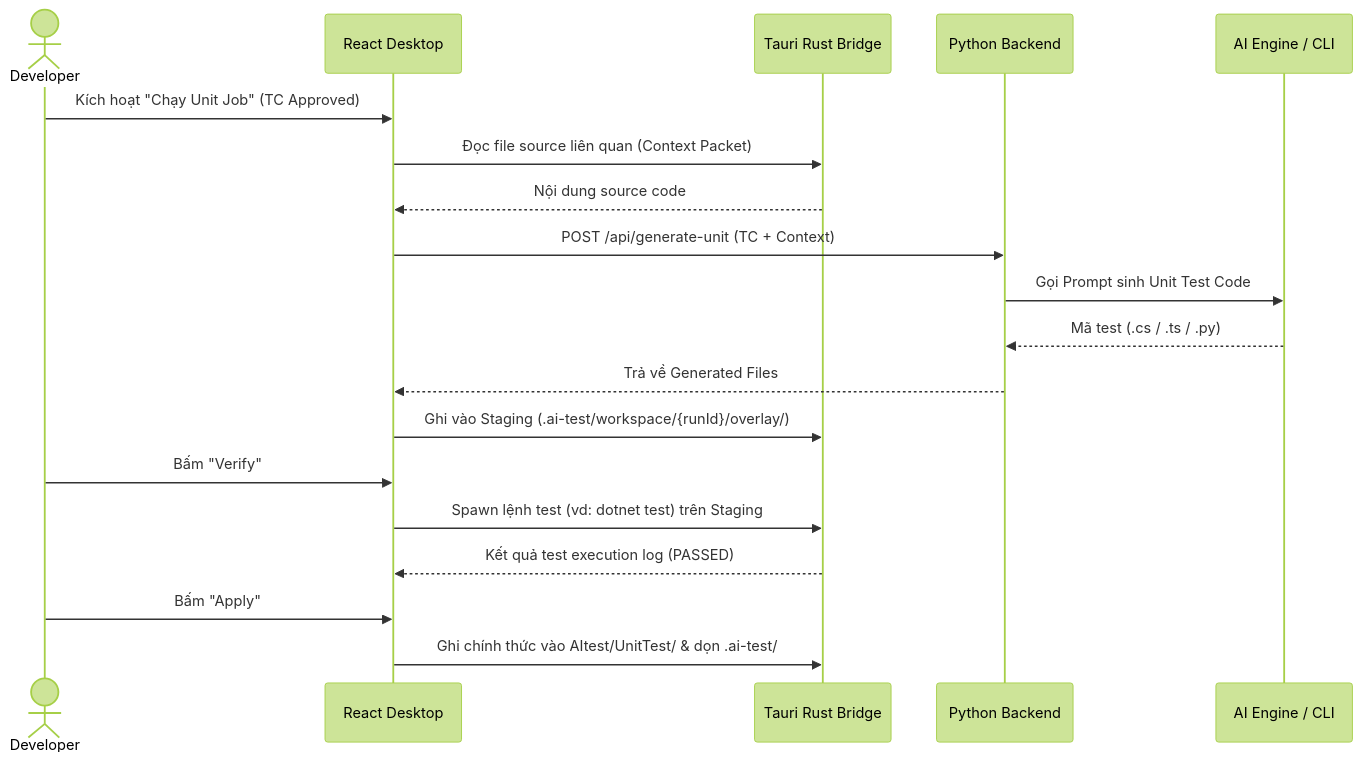
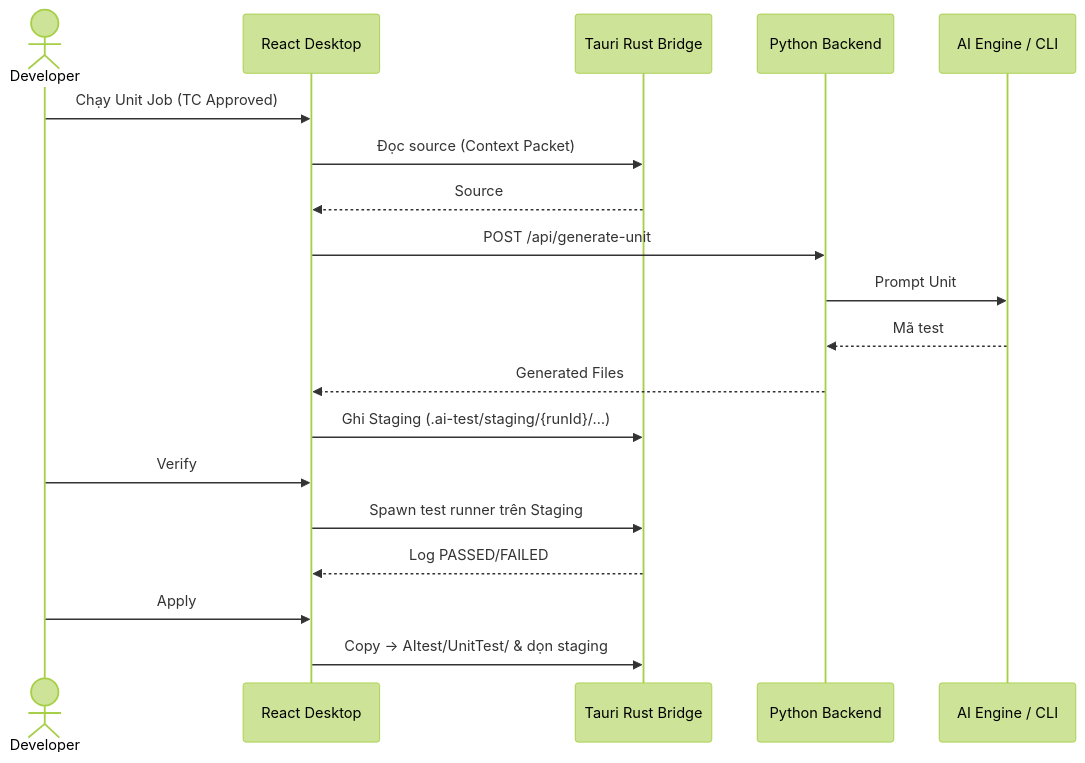
One commit to lehoailam1999/AiTest changed the diagram in docs/SYSTEM_MASTER_DOCUMENTATION.md. Above: the diagram before and after it, drawn with Mermaid (forest theme). The commit also changed other lines of this file and 121 other files, not shown here.

````diff
--- a/docs/SYSTEM_MASTER_DOCUMENTATION.md
+++ b/docs/SYSTEM_MASTER_DOCUMENTATION.md
@@ -209,22 +159,22 @@
 ```mermaid
 sequenceDiagram
   actor Dev as Developer
   participant UI as React Desktop
   participant Tauri as Tauri Rust Bridge
   participant BE as Python Backend
   participant LLM as AI Engine / CLI
 
-  Dev->>UI: Kích hoạt "Chạy Unit Job" (TC Approved)
-  UI->>Tauri: Đọc file source liên quan (Context Packet)
-  Tauri-->>UI: Nội dung source code
-  UI->>BE: POST /api/generate-unit (TC + Context)
-  BE->>LLM: Gọi Prompt sinh Unit Test Code
-  LLM-->>BE: Mã test (.cs / .ts / .py)
-  BE-->>UI: Trả về Generated Files
-  UI->>Tauri: Ghi vào Staging (.ai-test/workspace/{runId}/overlay/)
-  Dev->>UI: Bấm "Verify"
-  UI->>Tauri: Spawn lệnh test (vd: dotnet test) trên Staging
-  Tauri-->>UI: Kết quả test execution log (PASSED)
-  Dev->>UI: Bấm "Apply"
-  UI->>Tauri: Ghi chính thức vào AItest/UnitTest/ & dọn .ai-test/
+  Dev->>UI: Chạy Unit Job (TC Approved)
+  UI->>Tauri: Đọc source (Context Packet)
+  Tauri-->>UI: Source
+  UI->>BE: POST /api/generate-unit
+  BE->>LLM: Prompt Unit
+  LLM-->>BE: Mã test
+  BE-->>UI: Generated Files
+  UI->>Tauri: Ghi Staging (.ai-test/staging/{runId}/…)
+  Dev->>UI: Verify
+  UI->>Tauri: Spawn test runner trên Staging
+  Tauri-->>UI: Log PASSED/FAILED
+  Dev->>UI: Apply
+  UI->>Tauri: Copy → AItest/UnitTest/ & dọn staging
 ```
````
